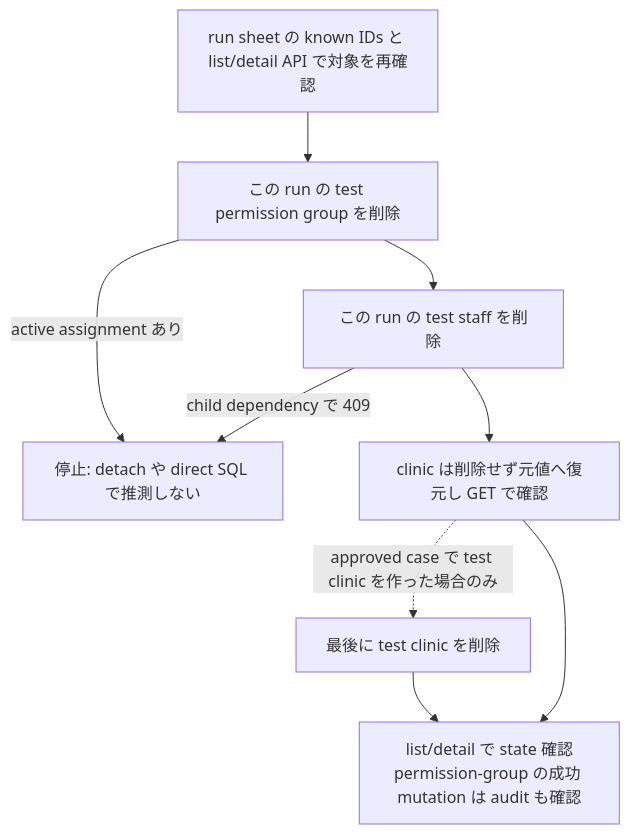
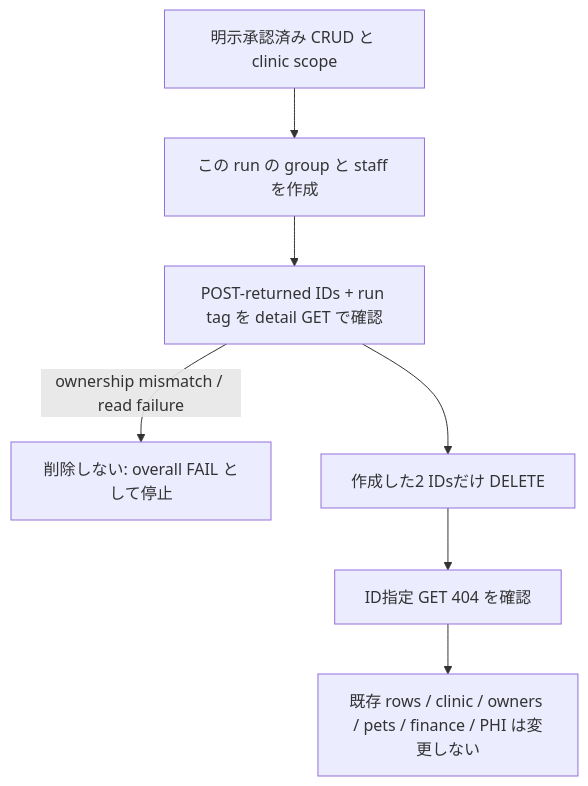
One commit to MinoruSoga/AnimalEkarte changed the diagram in docs/ops/deploy/stg/STG-DEMO-DATA-LIFECYCLE.md. Above: the diagram before and after it, drawn with Mermaid. The commit also changed other lines of this file and 12 other files, not shown here.

````diff
--- a/docs/ops/deploy/stg/STG-DEMO-DATA-LIFECYCLE.md
+++ b/docs/ops/deploy/stg/STG-DEMO-DATA-LIFECYCLE.md
@@ -41,11 +40,9 @@
 ```mermaid
 flowchart TB
-  A["run sheet の known IDs と list/detail API で対象を再確認"] --> B["この run の test permission group を削除"]
-  B -->|"active assignment あり"| S["停止: detach や direct SQL で推測しない"]
-  B --> C["この run の test staff を削除"]
-  C -->|"child dependency で 409"| S
-  C --> D["clinic は削除せず元値へ復元し GET で確認"]
-  D -.->|"approved case で test clinic を作った場合のみ"| F["最後に test clinic を削除"]
-  F --> E
-  D --> E["list/detail で state 確認<br/>permission-group の成功 mutation は audit も確認"]
+  A["明示承認済み CRUD と clinic scope"] --> B["この run の group と staff を作成"]
+  B --> C["POST-returned IDs + run tag を detail GET で確認"]
+  C -->|"ownership mismatch / read failure"| S["削除しない: overall FAIL として停止"]
+  C --> D["作成した2 IDsだけ DELETE"]
+  D --> E["ID指定 GET 404 を確認"]
+  E --> F["既存 rows / clinic / owners / pets / finance / PHI は変更しない"]
 ```
````
